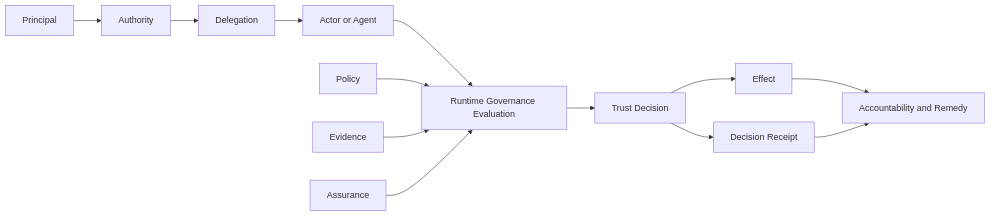
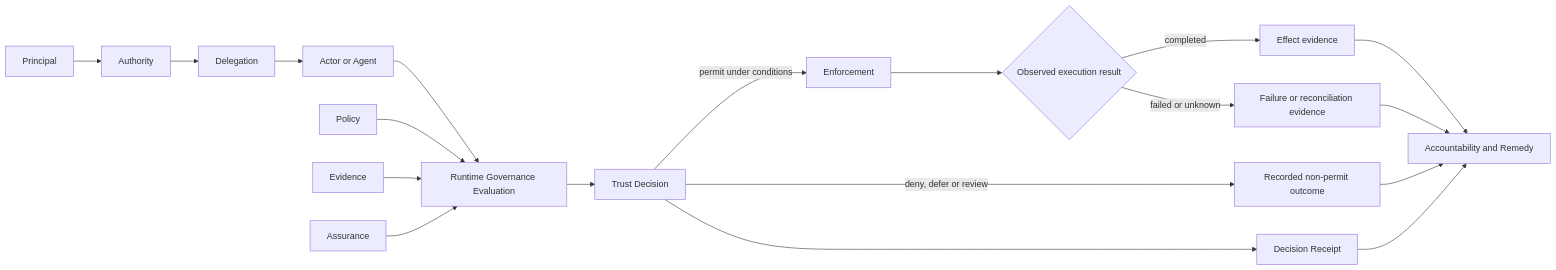
One commit to qbf-consulting/governance-authority-assurance-metamodel changed the first of 2 diagrams in docs/architecture-overview.md. Above: the diagram before and after it, drawn with Mermaid. The commit also changed 13 other files, not shown here.

````diff
--- a/docs/architecture-overview.md
+++ b/docs/architecture-overview.md
@@ -40,15 +40,21 @@
 ```mermaid
 flowchart LR
   P[Principal] --> A[Authority]
   A --> D[Delegation]
   D --> X[Actor or Agent]
   X --> R[Runtime Governance Evaluation]
   Pol[Policy] --> R
   Ev[Evidence] --> R
   As[Assurance] --> R
   R --> TD[Trust Decision]
-  TD --> E[Effect]
+  TD -->|permit under conditions| ENF[Enforcement]
+  TD -->|deny, defer or review| DEC[Recorded non-permit outcome]
   TD --> DR[Decision Receipt]
+  ENF --> OBS{Observed execution result}
+  OBS -->|completed| E[Effect evidence]
+  OBS -->|failed or unknown| F[Failure or reconciliation evidence]
   E --> AC[Accountability and Remedy]
+  F --> AC
+  DEC --> AC
   DR --> AC
 ```
````
